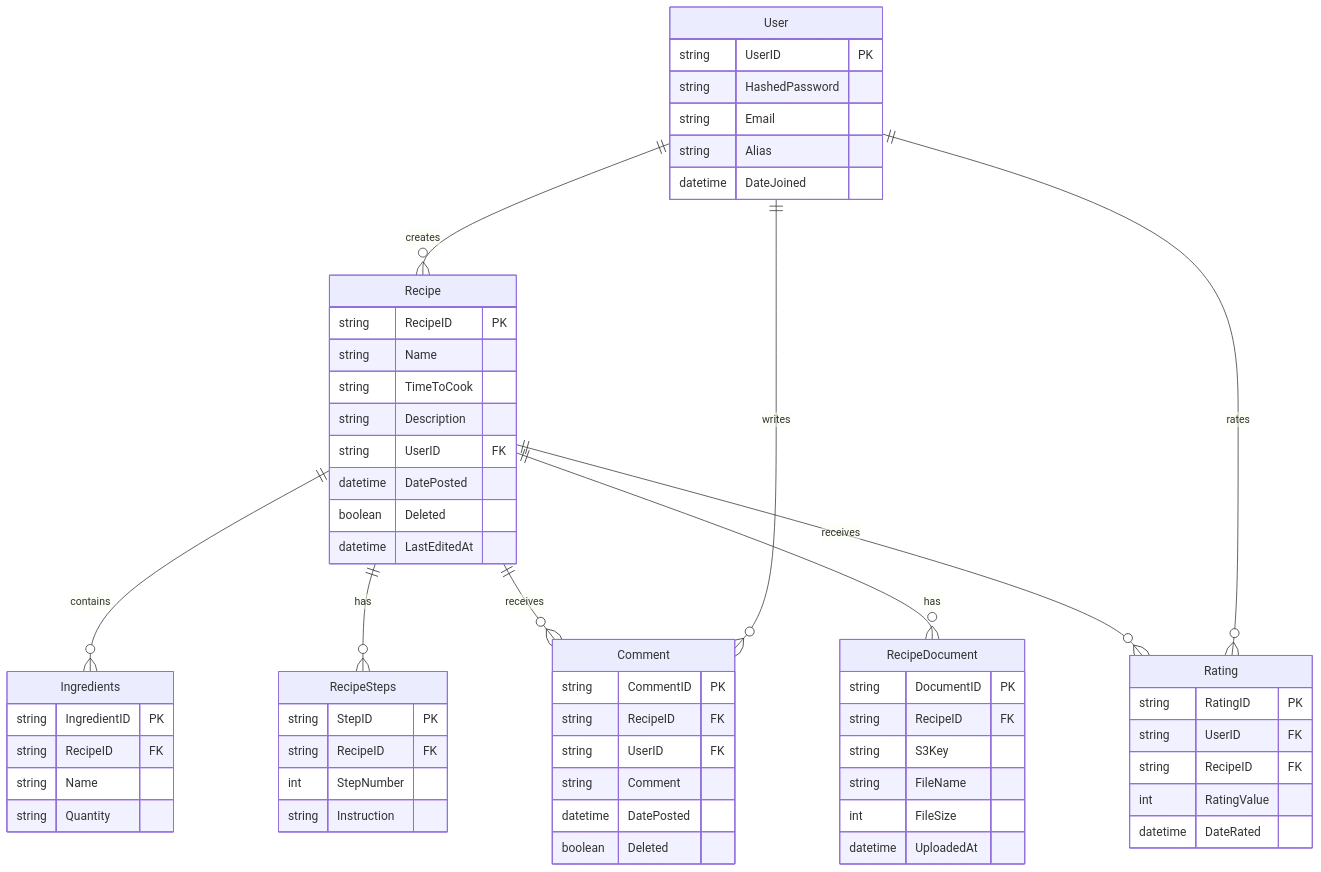
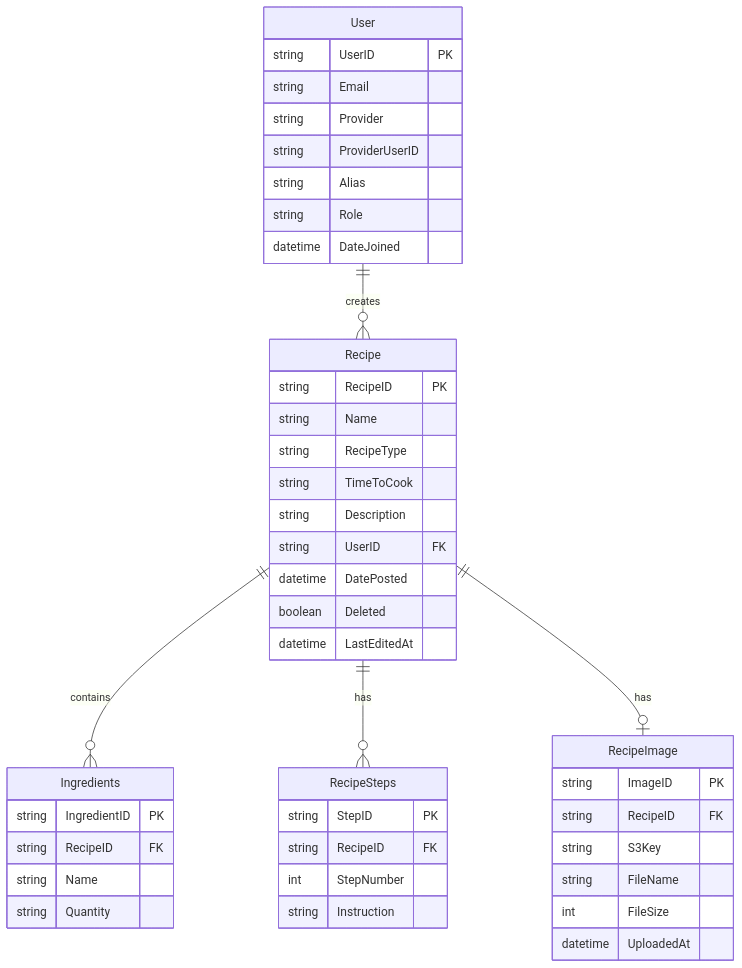
Before and after one commit to andjrue/go-recipe-website: the diagram in docs/notes/structure.md, drawn with Mermaid. The commit also changed other lines of this file, not shown here.

````diff
--- a/docs/notes/structure.md
+++ b/docs/notes/structure.md
@@ -20,70 +41,52 @@
 ```mermaid
 erDiagram
     User ||--o{ Recipe : creates
-    User ||--o{ Comment : writes
-    User ||--o{ Rating : rates
     Recipe ||--o{ Ingredients : contains
     Recipe ||--o{ RecipeSteps : has
-    Recipe ||--o{ Comment : receives
-    Recipe ||--o{ Rating : receives
-    Recipe ||--o{ RecipeDocument : has
+    Recipe ||--o| RecipeImage : has
 
     User {
         string UserID PK
-        string HashedPassword
         string Email
+        string Provider
+        string ProviderUserID
         string Alias
+        string Role
         datetime DateJoined
     }
 
     Recipe {
         string RecipeID PK
         string Name
+        string RecipeType
         string TimeToCook
         string Description
         string UserID FK
         datetime DatePosted
         boolean Deleted
         datetime LastEditedAt
     }
 
     Ingredients {
         string IngredientID PK
         string RecipeID FK
         string Name
         string Quantity
     }
 
     RecipeSteps {
         string StepID PK
         string RecipeID FK
         int StepNumber
         string Instruction
     }
 
-    Comment {
-        string CommentID PK
-        string RecipeID FK
-        string UserID FK
-        string Comment
-        datetime DatePosted
-        boolean Deleted
-    }
-
-    Rating {
-        string RatingID PK
-        string UserID FK
-        string RecipeID FK
-        int RatingValue
-        datetime DateRated
-    }
-
-    RecipeDocument {
-        string DocumentID PK
+    RecipeImage {
+        string ImageID PK
         string RecipeID FK
         string S3Key
         string FileName
         int FileSize
         datetime UploadedAt
     }
 ```
````
